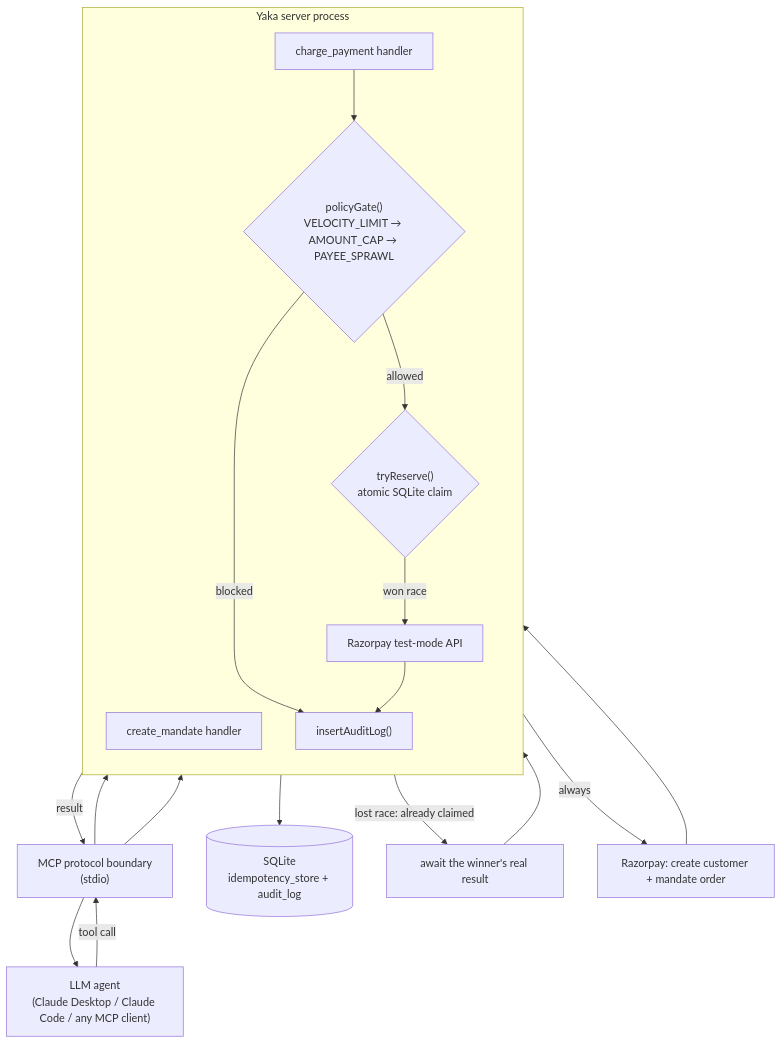
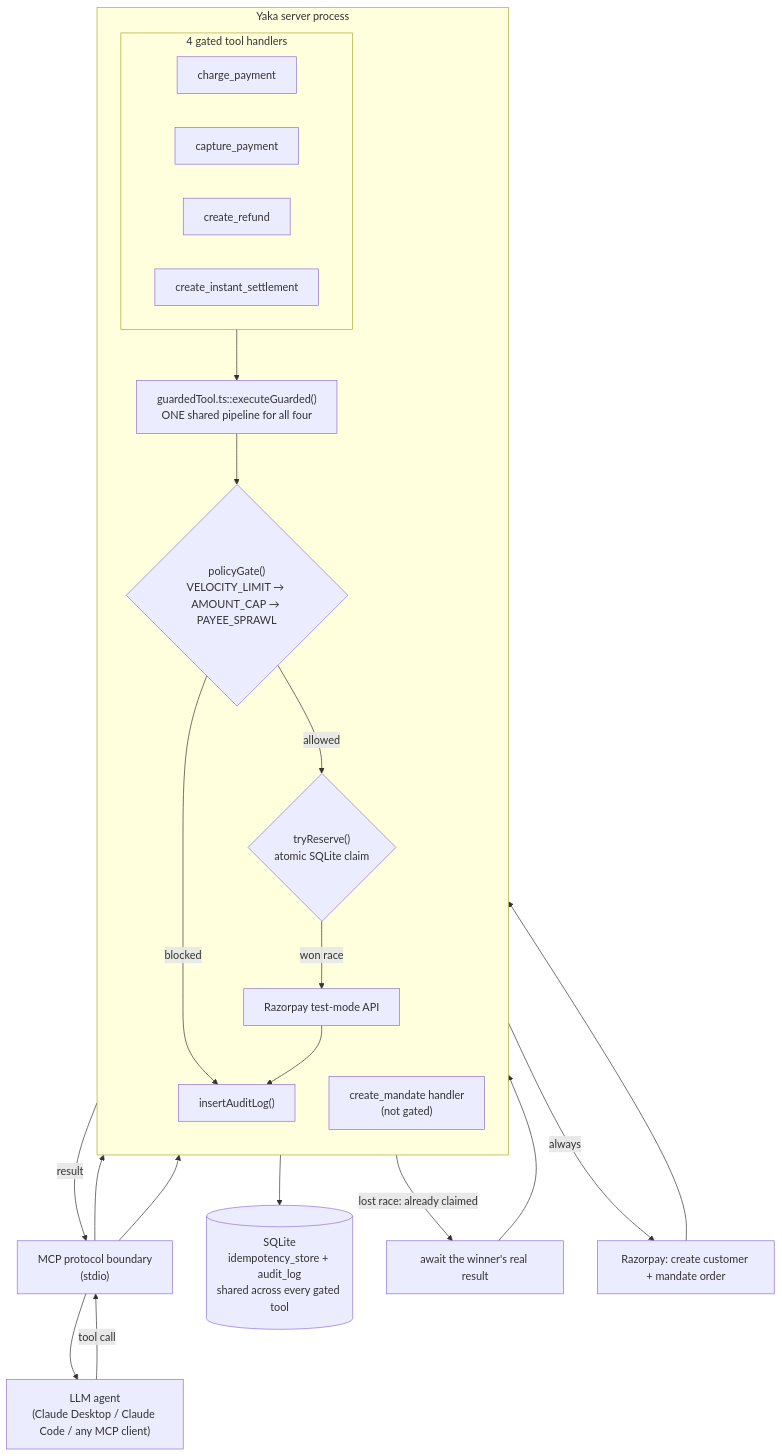
The diagram in DEV_DOCS.md (divijaiwanth/YAKA), drawn with Mermaid before and after one commit. The commit also changed other lines of this file and 15 other files, not shown here.

First line of the commit message:
Generalize into a full policy layer across all money-moving tools

````diff
--- a/DEV_DOCS.md
+++ b/DEV_DOCS.md
@@ -53,33 +69,41 @@
 ```mermaid
 flowchart TD
     Agent["LLM agent<br/>(Claude Desktop / Claude Code / any MCP client)"]
     MCP["MCP protocol boundary<br/>(stdio)"]
 
     subgraph Server["Yaka server process"]
         direction TB
-        CM["create_mandate handler"]
-        CP["charge_payment handler"]
+        CM["create_mandate handler<br/>(not gated)"]
+
+        subgraph GatedTools["4 gated tool handlers"]
+            CP["charge_payment"]
+            CAP["capture_payment"]
+            REF["create_refund"]
+            SET["create_instant_settlement"]
+        end
+
+        Guard["guardedTool.ts::executeGuarded()<br/>ONE shared pipeline for all four"]
         Gate{"policyGate()<br/>VELOCITY_LIMIT → AMOUNT_CAP → PAYEE_SPRAWL"}
         Idem{"tryReserve()<br/>atomic SQLite claim"}
         RZP["Razorpay test-mode API"]
         Log["insertAuditLog()"]
     end
 
-    DB[("SQLite<br/>idempotency_store + audit_log")]
+    DB[("SQLite<br/>idempotency_store + audit_log<br/>shared across every gated tool")]
 
     Agent -->|"tool call"| MCP --> CM
-    MCP --> CP
+    MCP --> GatedTools --> Guard
 
-    CP --> Gate
+    Guard --> Gate
     Gate -->|"blocked"| Log
     Gate -->|"allowed"| Idem
     Idem -->|"lost race: already claimed"| Wait["await the winner's real result"]
     Wait --> Log
     Idem -->|"won race"| RZP --> Log
 
     CM -->|"always"| RZP2["Razorpay: create customer + mandate order"]
     RZP2 --> Log
 
     Log --> DB
     Log -->|"result"| MCP --> Agent
 ```
````
